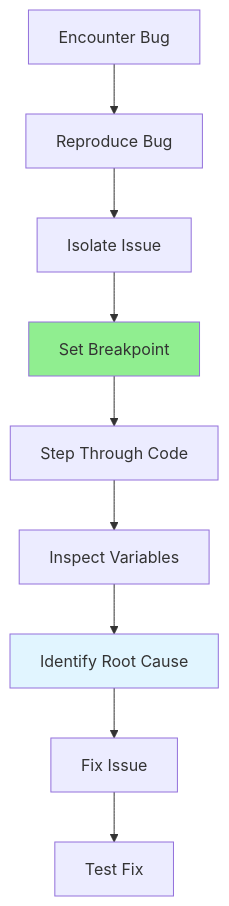
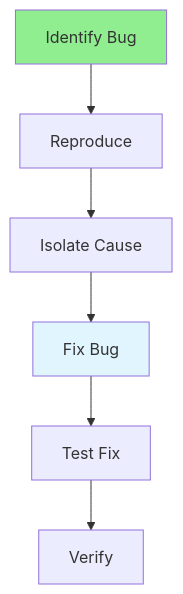
Before and after one commit to iouthnamain/tech-note: the diagram in Full-Stack-Guides/Group-07-Unit-Test-Debug/07.06_Debug_Techniques.md, drawn with Mermaid. The commit also changed other lines of this file and 480 other files, not shown here.

````diff
--- a/Full-Stack-Guides/Group-07-Unit-Test-Debug/07.06_Debug_Techniques.md
+++ b/Full-Stack-Guides/Group-07-Unit-Test-Debug/07.06_Debug_Techniques.md
@@ -22,14 +22,11 @@
 ```mermaid
 flowchart TD
-    Bug[Encounter Bug] --> Reproduce[Reproduce Bug]
-    Reproduce --> Isolate[Isolate Issue]
-    Isolate --> Breakpoint[Set Breakpoint]
-    Breakpoint --> Step[Step Through Code]
-    Step --> Inspect[Inspect Variables]
-    Inspect --> Identify[Identify Root Cause]
-    Identify --> Fix[Fix Issue]
+    Bug[Identify Bug] --> Reproduce[Reproduce]
+    Reproduce --> Isolate[Isolate Cause]
+    Isolate --> Fix[Fix Bug]
     Fix --> Test[Test Fix]
+    Test --> Verify[Verify]
     
-    style Breakpoint fill:#90EE90
-    style Identify fill:#e1f5ff
+    style Bug fill:#90EE90
+    style Fix fill:#e1f5ff
 ```
````
